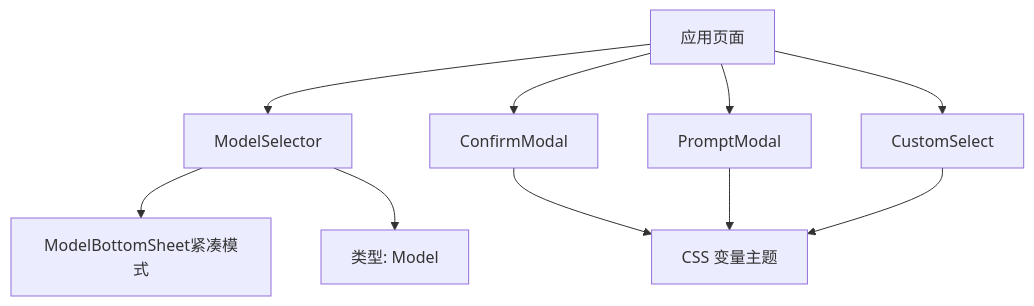
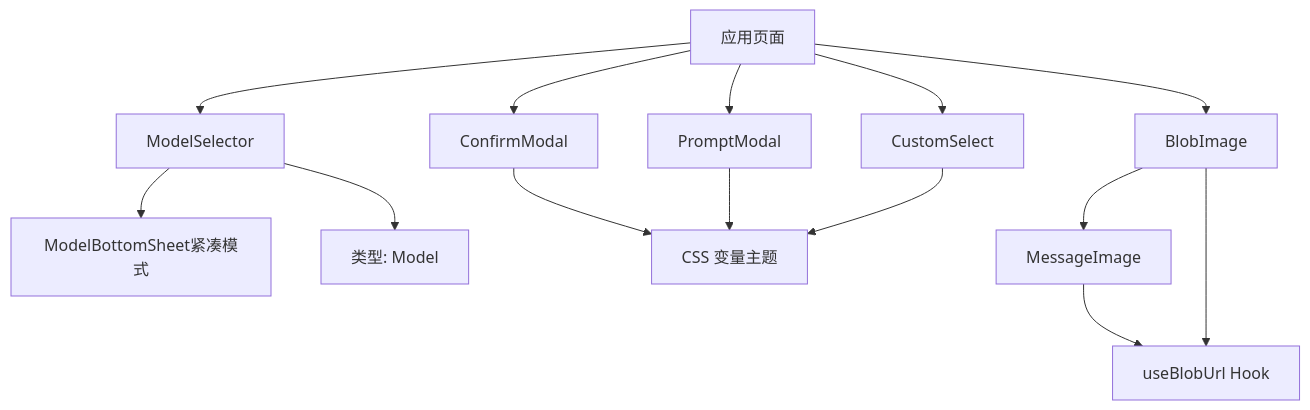
The first of 3 diagrams in .qoder/repowiki/zh/content/架构设计/组件架构设计/通用组件库.md (billye220670/AIShop), drawn with Mermaid before and after one commit. The commit also changed other lines of this file and 30 other files, not shown here.

Commit message:
docs: 同步 repowiki 知识库重组（图片压缩工具与消息渲染模块文档）

````diff
--- a/.qoder/repowiki/zh/content/架构设计/组件架构设计/通用组件库.md
+++ b/.qoder/repowiki/zh/content/架构设计/组件架构设计/通用组件库.md
@@ -32,12 +41,16 @@
 ```mermaid
 graph TB
 A["应用页面"] --> B["ModelSelector"]
 B --> C["ModelBottomSheet紧凑模式"]
 A --> D["ConfirmModal"]
 A --> E["PromptModal"]
 A --> F["CustomSelect"]
-B --> G["类型: Model"]
-D --> H["CSS 变量主题"]
-E --> H
-F --> H
+A --> G["BlobImage"]
+G --> H["MessageImage"]
+B --> I["类型: Model"]
+D --> J["CSS 变量主题"]
+E --> J
+F --> J
+G --> K["useBlobUrl Hook"]
+H --> K
 ```
````
